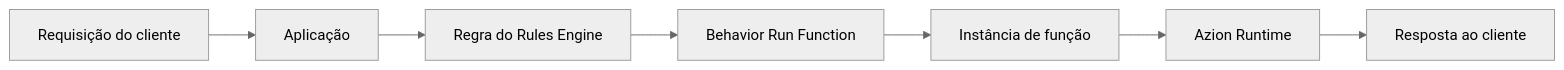
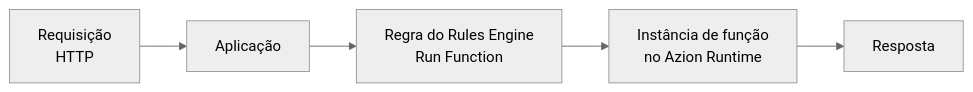
The diagram in src/content/docs/pt-br/pages/menu-principal/referencia/build/edge-application/edge-functions-edge-app.mdx (souzavinny/azion-docs), drawn with Mermaid (neutral theme) before and after one commit. The commit also changed other lines of this file and 4 other files, not shown here.

Commit message:
fix(functions): mermaid small adjustments

````diff
--- a/src/content/docs/pt-br/pages/menu-principal/referencia/build/edge-application/edge-functions-edge-app.mdx
+++ b/src/content/docs/pt-br/pages/menu-principal/referencia/build/edge-application/edge-functions-edge-app.mdx
@@ -56,9 +56,7 @@
 ```mermaid
 flowchart LR
-  Client[Requisição do cliente] --> App[Aplicação]
-  App --> Rule[Regra do Rules Engine]
-  Rule --> Behavior[Behavior Run Function]
-  Behavior --> Instance[Instância de função]
-  Instance --> Runtime[Azion Runtime]
-  Runtime --> Response[Resposta ao cliente]
+  Req["Requisição<br/>HTTP"] --> App["Aplicação"]
+  App --> Rule["Regra do Rules Engine<br/>Run Function"]
+  Rule --> Inst["Instância de função<br/>no Azion Runtime"]
+  Inst --> Res["Resposta"]
 ```
````
